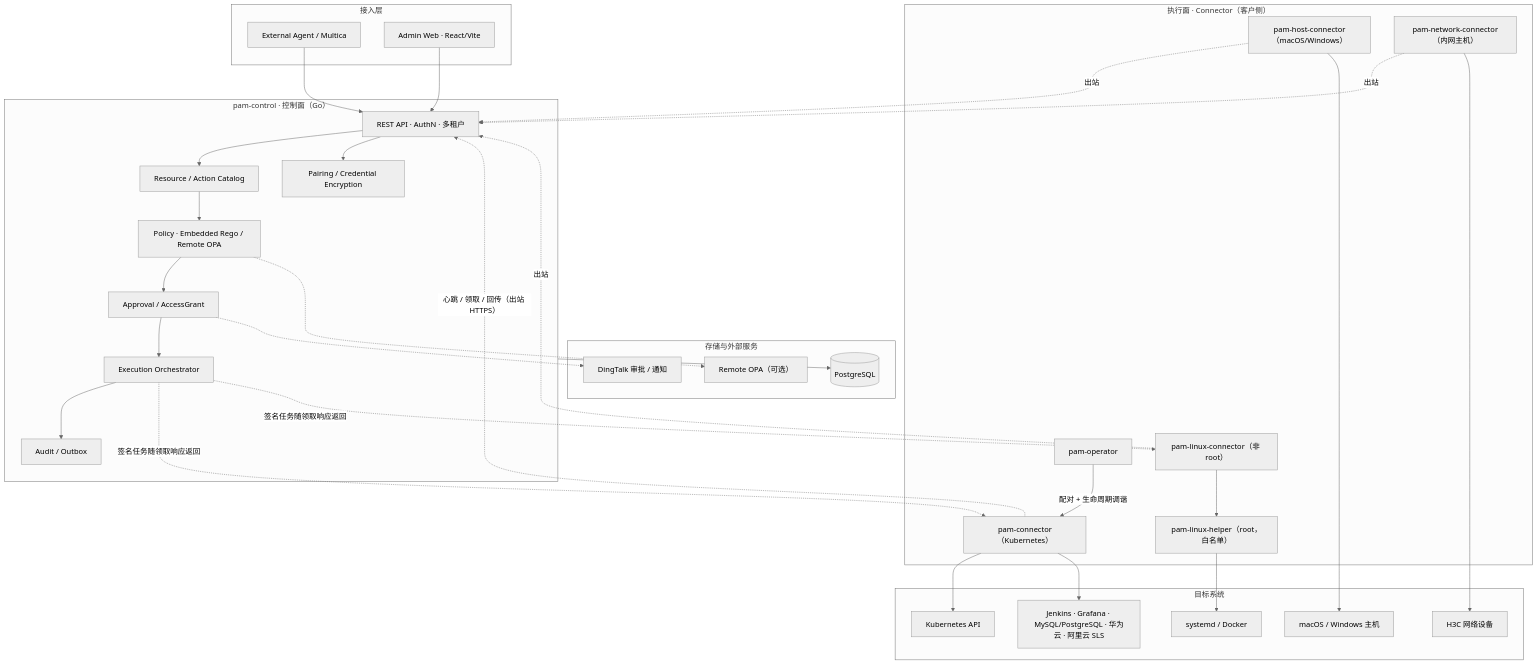
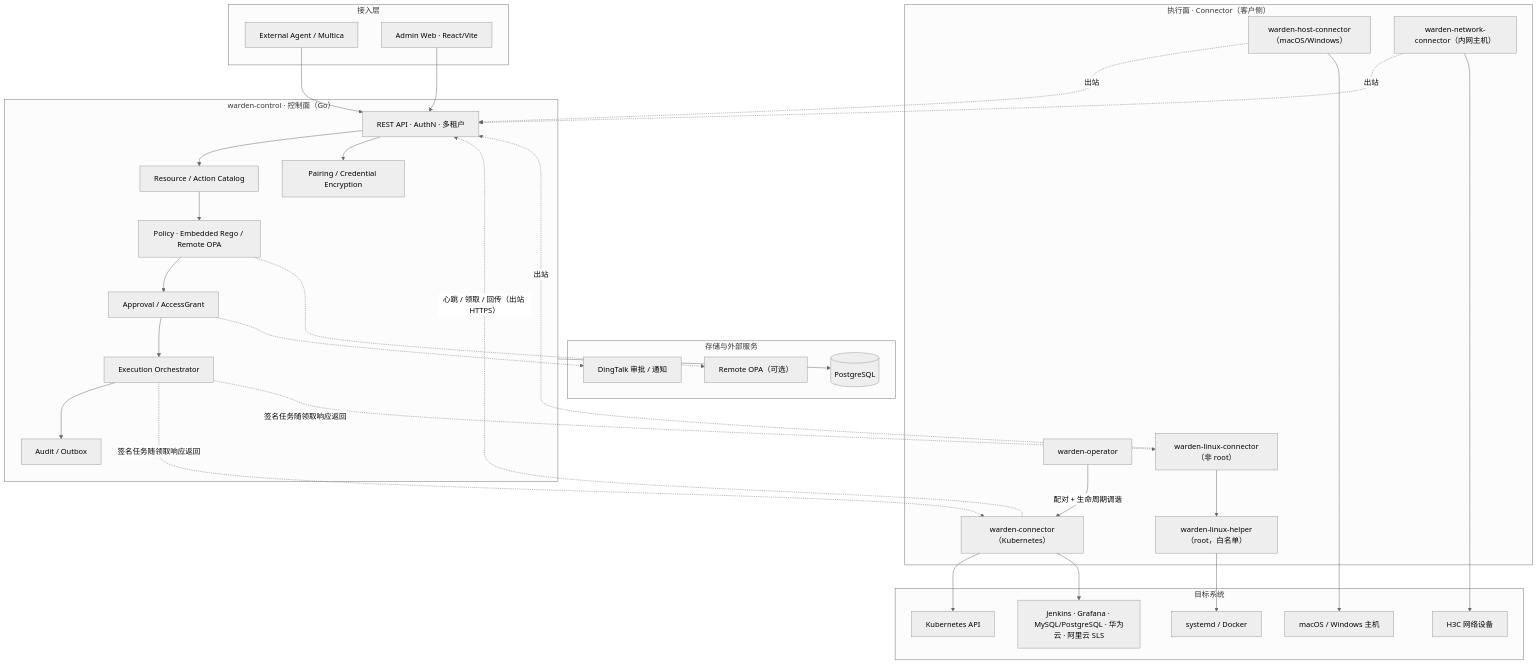
One commit to warden-platform/warden changed the first of 4 diagrams in docs/architecture.md. Above: the diagram before and after it, drawn with Mermaid (neutral theme). The commit also changed other lines of this file and 236 other files, not shown here.

First line of the commit message:
refactor!: rename project from PAM/HighTower to Warden

````diff
--- a/docs/architecture.md
+++ b/docs/architecture.md
@@ -20,61 +20,61 @@
 ```mermaid
 flowchart TB
     subgraph CLIENT["接入层"]
         AGENT["External Agent / Multica"]
         WEB["Admin Web · React/Vite"]
     end
 
-    subgraph CONTROL["pam-control · 控制面（Go）"]
+    subgraph CONTROL["warden-control · 控制面（Go）"]
         API["REST API · AuthN · 多租户"]
         CATALOG["Resource / Action Catalog"]
         POLICY["Policy · Embedded Rego / Remote OPA"]
         ACCESS["Approval / AccessGrant"]
         EXEC["Execution Orchestrator"]
         AUDIT["Audit / Outbox"]
         PAIRING["Pairing / Credential Encryption"]
     end
 
     subgraph DEP["存储与外部服务"]
         PG[("PostgreSQL")]
         OPA["Remote OPA（可选）"]
         DING["DingTalk 审批 / 通知"]
     end
 
     subgraph EDGE["执行面 · Connector（客户侧）"]
-        OP["pam-operator"]
-        KC["pam-connector（Kubernetes）"]
-        LC["pam-linux-connector（非 root）"]
-        LH["pam-linux-helper（root，白名单）"]
-        HC["pam-host-connector（macOS/Windows）"]
-        NC["pam-network-connector（内网主机）"]
+        OP["warden-operator"]
+        KC["warden-connector（Kubernetes）"]
+        LC["warden-linux-connector（非 root）"]
+        LH["warden-linux-helper（root，白名单）"]
+        HC["warden-host-connector（macOS/Windows）"]
+        NC["warden-network-connector（内网主机）"]
     end
 
     subgraph TARGET["目标系统"]
         K8S["Kubernetes API"]
         HOST["systemd / Docker"]
         MHOST["macOS / Windows 主机"]
         NET["H3C 网络设备"]
         INTEG["Jenkins · Grafana · MySQL/PostgreSQL · 华为云 · 阿里云 SLS"]
     end
 
     AGENT --> API
     WEB --> API
     API --> CATALOG --> POLICY --> ACCESS --> EXEC --> AUDIT
     API --> PAIRING
     CONTROL --> PG
     POLICY -.-> OPA
     ACCESS -.-> DING
 
     KC -. "心跳 / 领取 / 回传（出站 HTTPS）" .-> API
     LC -. "出站" .-> API
     HC -. "出站" .-> API
     NC -. "出站" .-> API
     EXEC -. "签名任务随领取响应返回" .-> KC
     EXEC -. "签名任务随领取响应返回" .-> LC
 
     OP -- "配对 + 生命周期调谐" --> KC --> K8S
     KC --> INTEG
     LC --> LH --> HOST
     HC --> MHOST
     NC --> NET
 ```
````
